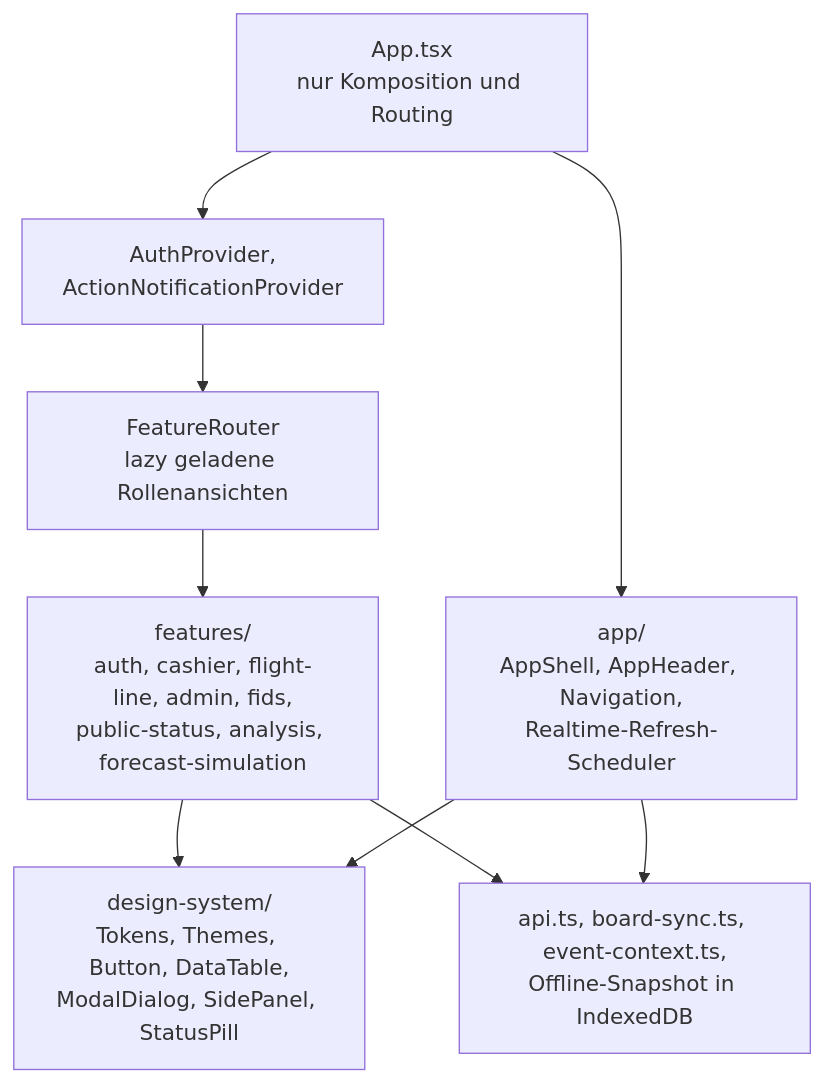
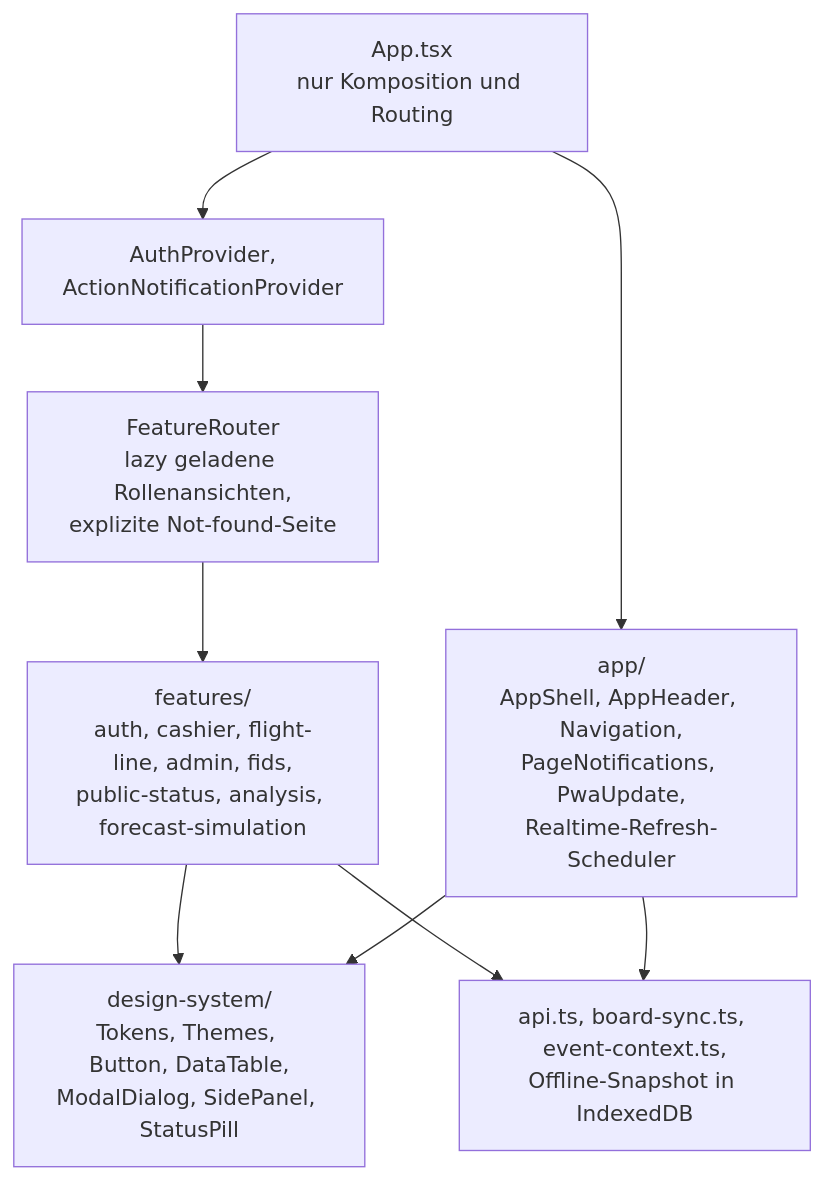
One commit to aguther/rundflug-leitstand changed the fifth of 8 diagrams in docs/arc42/05-bausteinsicht.md. Above: the diagram before and after it, drawn with Mermaid. The commit also changed other lines of this file and 48 other files, not shown here.

````diff
--- a/docs/arc42/05-bausteinsicht.md
+++ b/docs/arc42/05-bausteinsicht.md
@@ -154,17 +154,17 @@
 ```mermaid
 flowchart TB
     APP["App.tsx<br/>nur Komposition und Routing"]
     PROV["AuthProvider,<br/>ActionNotificationProvider"]
-    ROUTER["FeatureRouter<br/>lazy geladene Rollenansichten"]
-    SHELLM["app/<br/>AppShell, AppHeader, Navigation,<br/>Realtime-Refresh-Scheduler"]
+    ROUTER["FeatureRouter<br/>lazy geladene Rollenansichten,<br/>explizite Not-found-Seite"]
+    SHELLM["app/<br/>AppShell, AppHeader, Navigation,<br/>PageNotifications, PwaUpdate,<br/>Realtime-Refresh-Scheduler"]
     FEAT["features/<br/>auth, cashier, flight-line, admin, fids,<br/>public-status, analysis, forecast-simulation"]
     DS["design-system/<br/>Tokens, Themes, Button, DataTable,<br/>ModalDialog, SidePanel, StatusPill"]
     API["api.ts, board-sync.ts, event-context.ts,<br/>Offline-Snapshot in IndexedDB"]
 
     APP --> PROV --> ROUTER --> FEAT
     APP --> SHELLM
     FEAT --> DS
     FEAT --> API
     SHELLM --> API
     SHELLM --> DS
 ```
````
